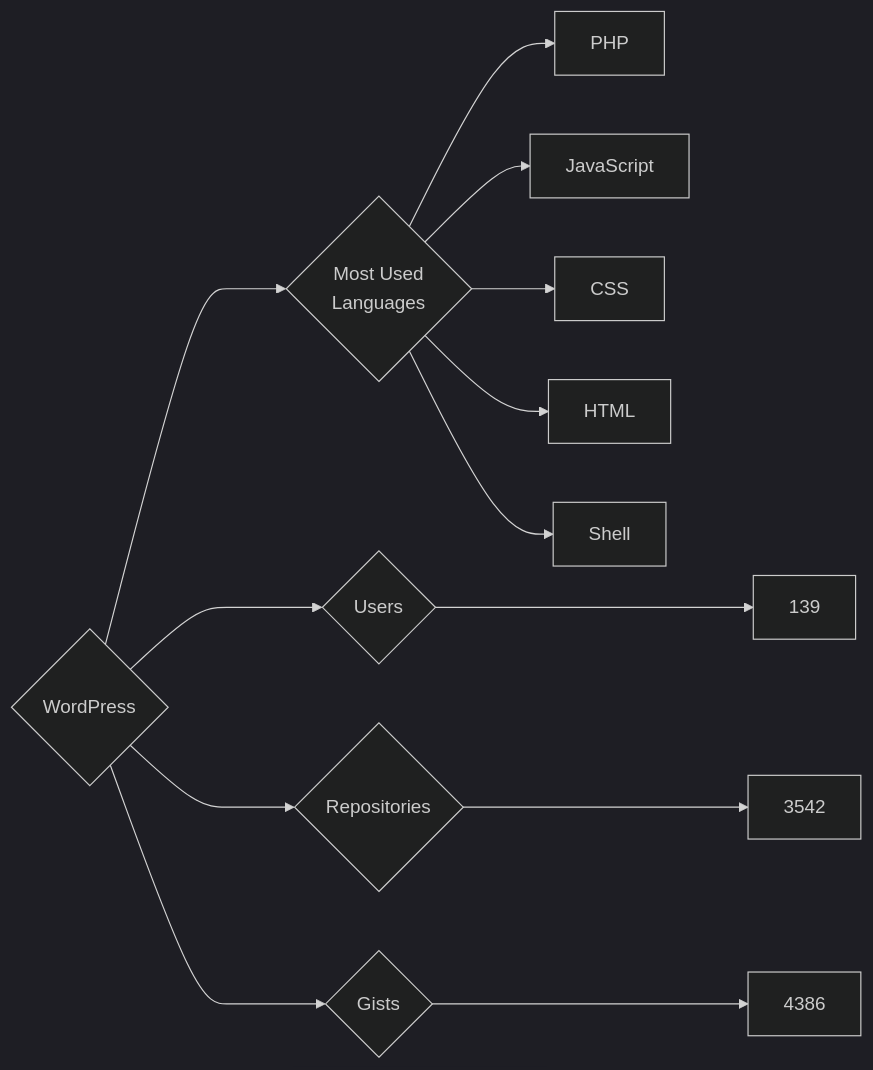
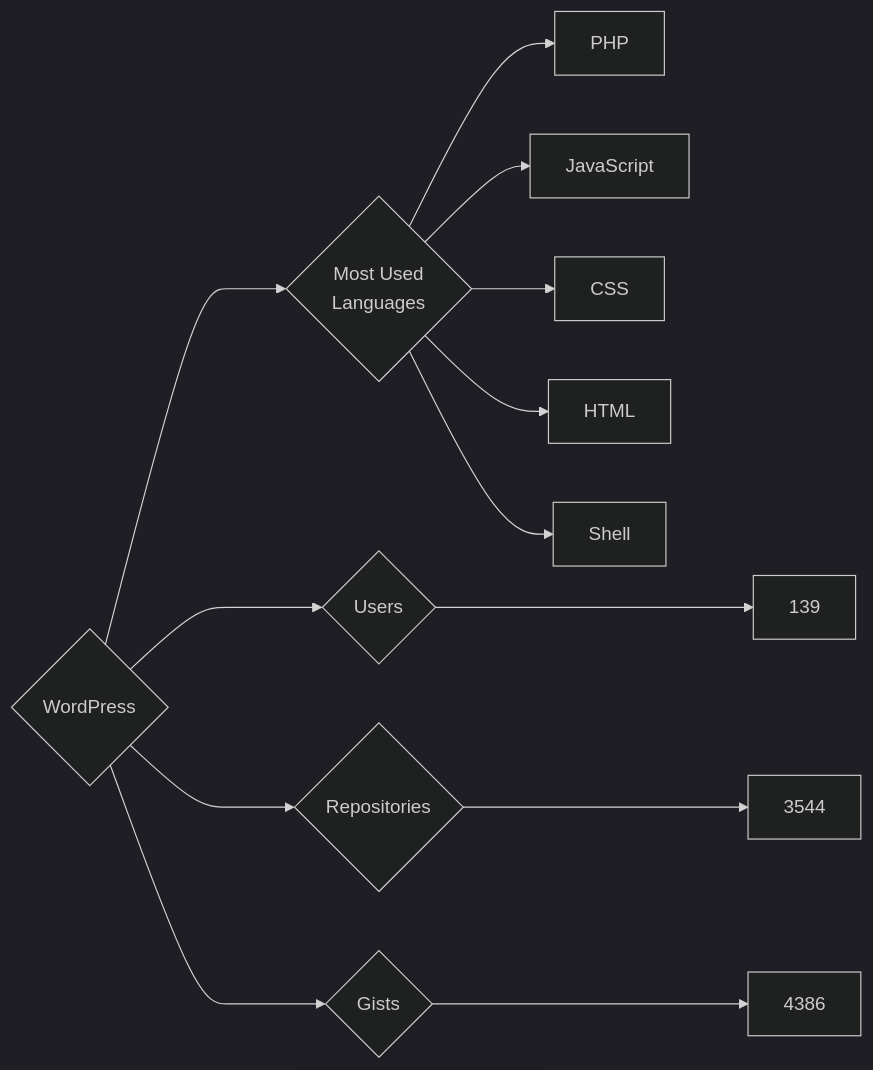
Before and after one commit to trickest/insiders: the diagram in targets/WordPress/README.md, drawn with Mermaid (dark theme). The commit also changed 444 other files, not shown here.

````diff
--- a/targets/WordPress/README.md
+++ b/targets/WordPress/README.md
@@ -3,13 +3,13 @@
 ```mermaid
 graph LR
 COMPANY_NAME{WordPress}
 COMPANY_NAME ---> U{Users} ---> UN[139]
-COMPANY_NAME ---> R{Repositories} ---> RN[3542]
+COMPANY_NAME ---> R{Repositories} ---> RN[3544]
 COMPANY_NAME ---> G{Gists} ---> GN[4386]
 COMPANY_NAME ---> ML{Most Used<br>Languages}
 ML --> PHP[PHP]
 ML --> JavaScript[JavaScript]
 ML --> CSS[CSS]
 ML --> HTML[HTML]
 ML --> Shell[Shell]
 ```
````
